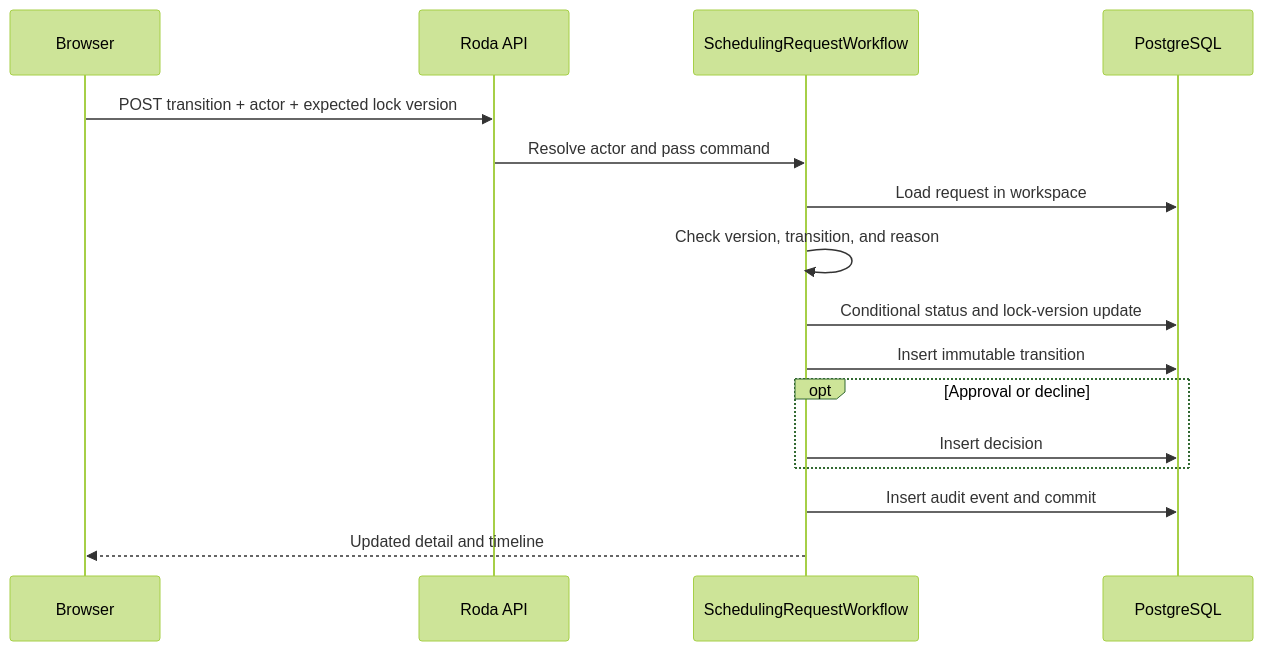
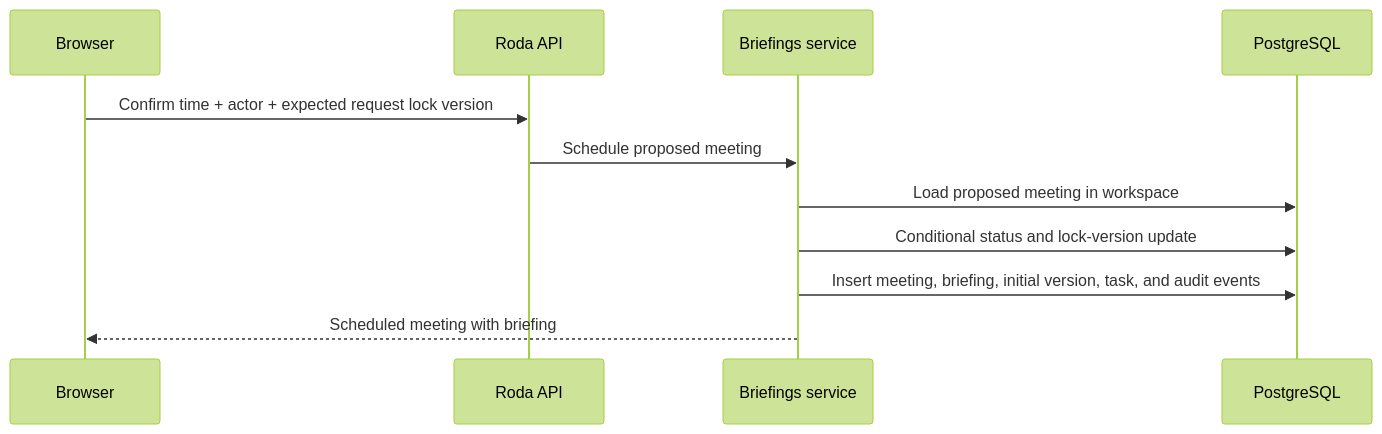
One commit to darthneel/Holocron changed the third of 7 diagrams in docs/architecture.md. Above: the diagram before and after it, drawn with Mermaid (forest theme). The commit also changed other lines of this file and 17 other files, not shown here.

Commit message:
Simplify proposed meeting scheduling flow

````diff
--- a/docs/architecture.md
+++ b/docs/architecture.md
@@ -80,19 +80,14 @@
 ```mermaid
 sequenceDiagram
     participant Browser
     participant API as Roda API
-    participant Workflow as SchedulingRequestWorkflow
+    participant Briefings as Briefings service
     participant DB as PostgreSQL
 
-    Browser->>API: POST transition + actor + expected lock version
-    API->>Workflow: Resolve actor and pass command
-    Workflow->>DB: Load request in workspace
-    Workflow->>Workflow: Check version, transition, and reason
-    Workflow->>DB: Conditional status and lock-version update
-    Workflow->>DB: Insert immutable transition
-    opt Approval or decline
-        Workflow->>DB: Insert decision
-    end
-    Workflow->>DB: Insert audit event and commit
-    Workflow-->>Browser: Updated detail and timeline
+    Browser->>API: Confirm time + actor + expected request lock version
+    API->>Briefings: Schedule proposed meeting
+    Briefings->>DB: Load proposed meeting in workspace
+    Briefings->>DB: Conditional status and lock-version update
+    Briefings->>DB: Insert meeting, briefing, initial version, task, and audit events
+    Briefings-->>Browser: Scheduled meeting with briefing
 ```
````
